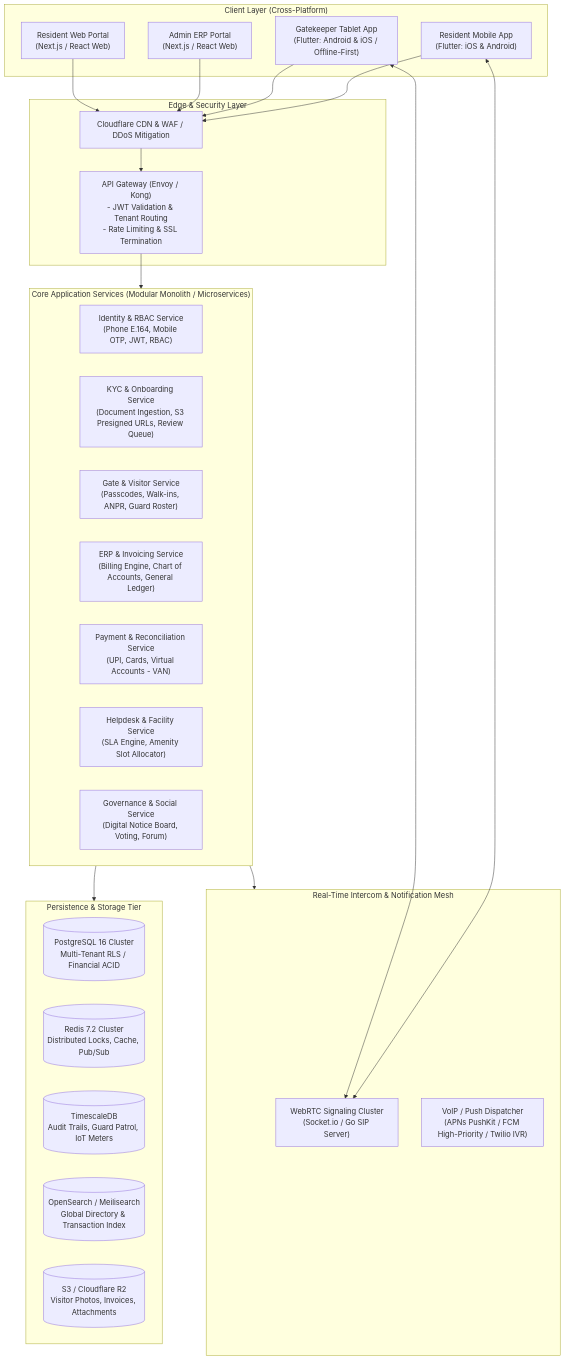
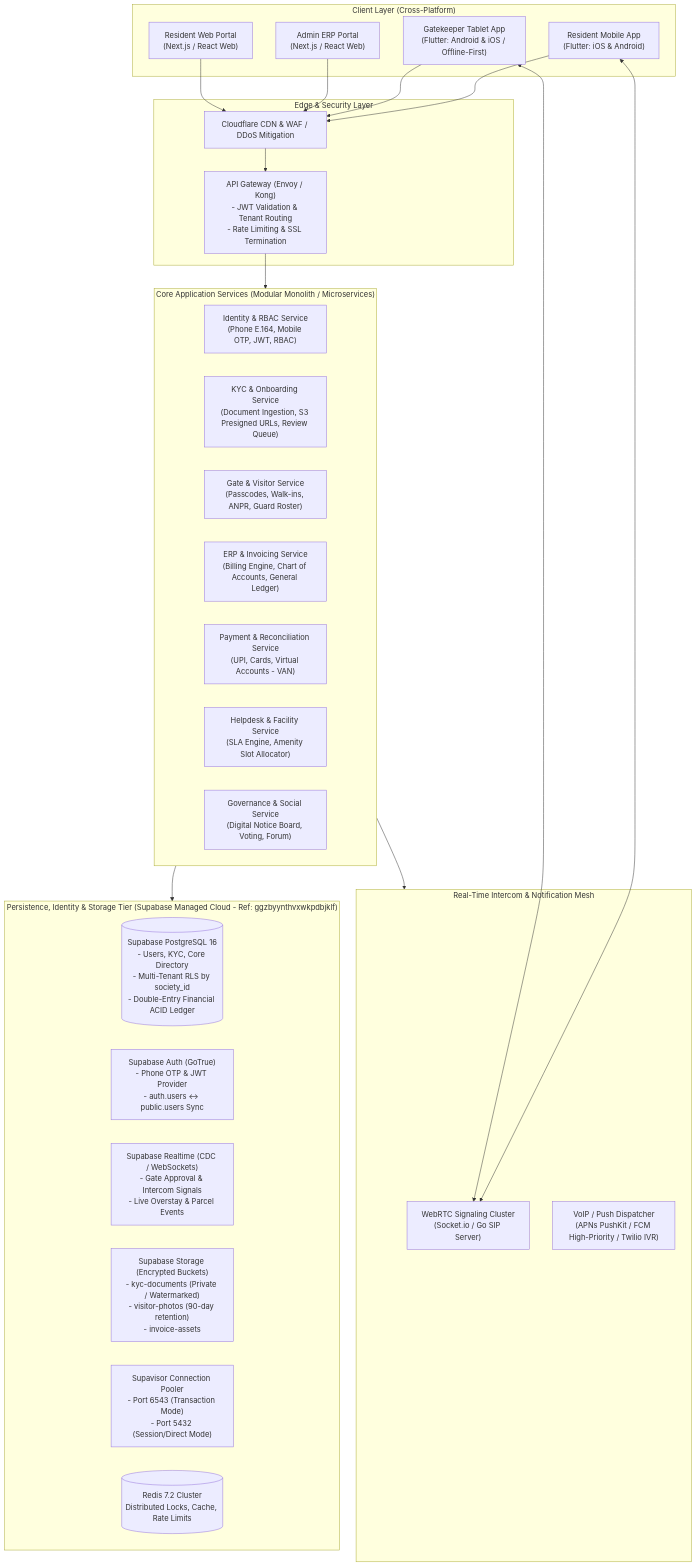
The first of 5 diagrams in architecture.md (avinasharadya88/CommunityHolder), drawn with Mermaid before and after one commit. The commit also changed other lines of this file and 2 other files, not shown here.

Commit message:
docs: define user data storage architecture in Supabase database (ggzbyynthvxwkpdbjklf)

````diff
--- a/architecture.md
+++ b/architecture.md
@@ -17,43 +17,44 @@
 ```mermaid
 flowchart TD
     subgraph Clients["Client Layer (Cross-Platform)"]
         A1["Resident Mobile App<br/>(Flutter: iOS & Android)"]
         A2["Gatekeeper Tablet App<br/>(Flutter: Android & iOS / Offline-First)"]
         A3["Admin ERP Portal<br/>(Next.js / React Web)"]
         A4["Resident Web Portal<br/>(Next.js / React Web)"]
     end
 
     subgraph Edge["Edge & Security Layer"]
         B1["Cloudflare CDN & WAF / DDoS Mitigation"]
         B2["API Gateway (Envoy / Kong)<br/>- JWT Validation & Tenant Routing<br/>- Rate Limiting & SSL Termination"]
     end
 
     subgraph RealTime["Real-Time Intercom & Notification Mesh"]
         C1["WebRTC Signaling Cluster<br/>(Socket.io / Go SIP Server)"]
         C2["VoIP / Push Dispatcher<br/>(APNs PushKit / FCM High-Priority / Twilio IVR)"]
     end
 
     subgraph Services["Core Application Services (Modular Monolith / Microservices)"]
         D1["Identity & RBAC Service<br/>(Phone E.164, Mobile OTP, JWT, RBAC)"]
         D2["KYC & Onboarding Service<br/>(Document Ingestion, S3 Presigned URLs, Review Queue)"]
         D3["Gate & Visitor Service<br/>(Passcodes, Walk-ins, ANPR, Guard Roster)"]
         D4["ERP & Invoicing Service<br/>(Billing Engine, Chart of Accounts, General Ledger)"]
         D5["Payment & Reconciliation Service<br/>(UPI, Cards, Virtual Accounts - VAN)"]
         D6["Helpdesk & Facility Service<br/>(SLA Engine, Amenity Slot Allocator)"]
         D7["Governance & Social Service<br/>(Digital Notice Board, Voting, Forum)"]
     end
 
-    subgraph Data["Persistence & Storage Tier"]
-        E1[("PostgreSQL 16 Cluster<br/>Multi-Tenant RLS / Financial ACID")]
-        E2[("Redis 7.2 Cluster<br/>Distributed Locks, Cache, Pub/Sub")]
-        E3[("TimescaleDB<br/>Audit Trails, Guard Patrol, IoT Meters")]
-        E4[("OpenSearch / Meilisearch<br/>Global Directory & Transaction Index")]
-        E5[("S3 / Cloudflare R2<br/>Visitor Photos, Invoices, Attachments")]
+    subgraph Data["Persistence, Identity & Storage Tier (Supabase Managed Cloud - Ref: ggzbyynthvxwkpdbjklf)"]
+        E1[("Supabase PostgreSQL 16<br/>- Users, KYC, Core Directory<br/>- Multi-Tenant RLS by society_id<br/>- Double-Entry Financial ACID Ledger")]
+        E2["Supabase Auth (GoTrue)<br/>- Phone OTP & JWT Provider<br/>- auth.users <-> public.users Sync"]
+        E3["Supabase Realtime (CDC / WebSockets)<br/>- Gate Approval & Intercom Signals<br/>- Live Overstay & Parcel Events"]
+        E4["Supabase Storage (Encrypted Buckets)<br/>- kyc-documents (Private / Watermarked)<br/>- visitor-photos (90-day retention)<br/>- invoice-assets"]
+        E5["Supavisor Connection Pooler<br/>- Port 6543 (Transaction Mode)<br/>- Port 5432 (Session/Direct Mode)"]
+        E6[("Redis 7.2 Cluster<br/>Distributed Locks, Cache, Rate Limits")]
     end
 
     A1 & A2 & A3 & A4 --> B1 --> B2
     A1 & A2 <--> C1
     B2 --> Services
     Services --> RealTime
     Services --> Data
 ```
````
